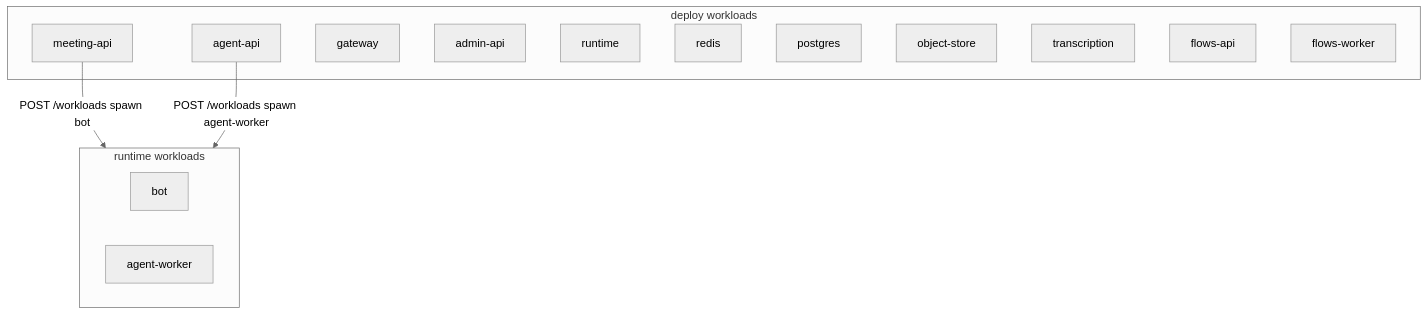
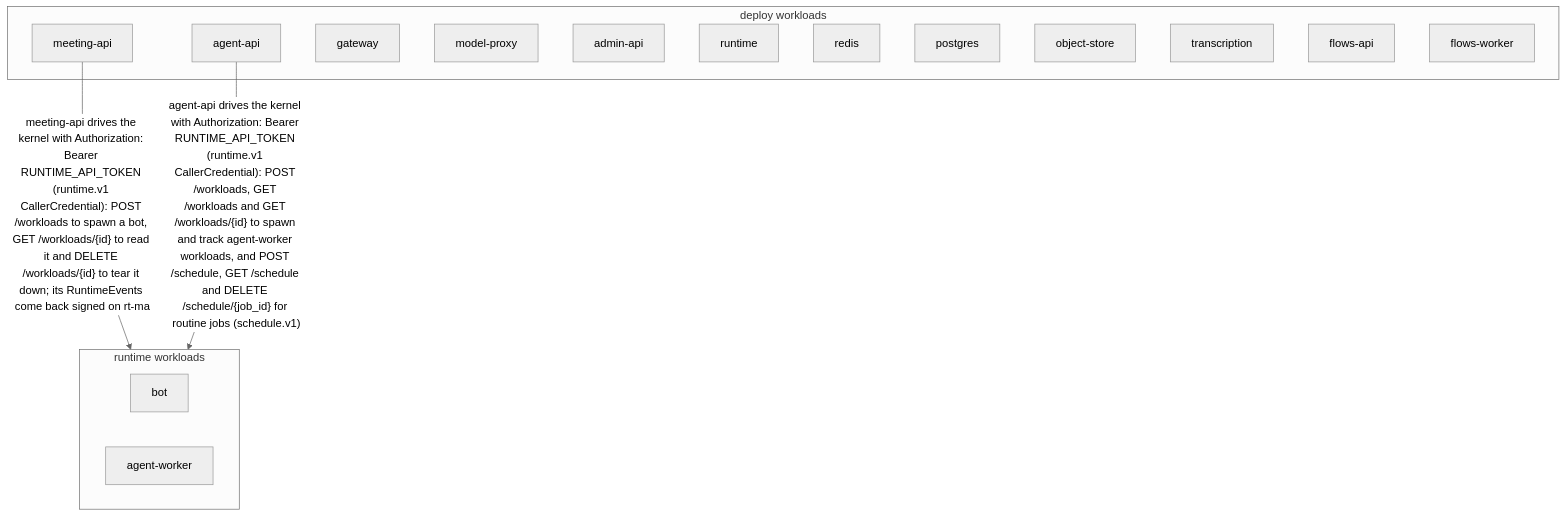
The diagram in docs/views/deployment.mmd (Vexa-ai/vexa), drawn with Mermaid (neutral theme) before and after one commit. The commit also changed 5156 other files, not shown here.

```diff
--- a/docs/views/deployment.mmd
+++ b/docs/views/deployment.mmd
@@ -1,23 +1,24 @@
 %% GENERATED — pnpm arch:dsl --write
 flowchart TB
   subgraph runtime_wl["runtime workloads"]
     bot["bot"]
     agent_worker["agent-worker"]
   end
-  meeting_api -->|"POST /workloads spawn bot"| runtime_wl
-  agent_api -->|"POST /workloads spawn agent-worker"| runtime_wl
+  meeting_api -->|"meeting-api drives the kernel with Authorization: Bearer RUNTIME_API_TOKEN (runtime.v1 CallerCredential): POST /workloads to spawn a bot, GET /workloads/{id} to read it and DELETE /workloads/{id} to tear it down; its RuntimeEvents come back signed on rt-ma"| runtime_wl
+  agent_api -->|"agent-api drives the kernel with Authorization: Bearer RUNTIME_API_TOKEN (runtime.v1 CallerCredential): POST /workloads, GET /workloads and GET /workloads/{id} to spawn and track agent-worker workloads, and POST /schedule, GET /schedule and DELETE /schedule/{job_id} for routine jobs (schedule.v1)"| runtime_wl
   subgraph deploy_wl["deploy workloads"]
     gateway["gateway"]
     meeting_api["meeting-api"]
     agent_api["agent-api"]
+    model_proxy["model-proxy"]
     admin_api["admin-api"]
     runtime["runtime"]
     redis["redis"]
     postgres["postgres"]
     object_store["object-store"]
     transcription["transcription"]
   end
   subgraph deploy_wl["deploy workloads"]
     flows_api["flows-api"]
     flows_worker["flows-worker"]
   end
```
